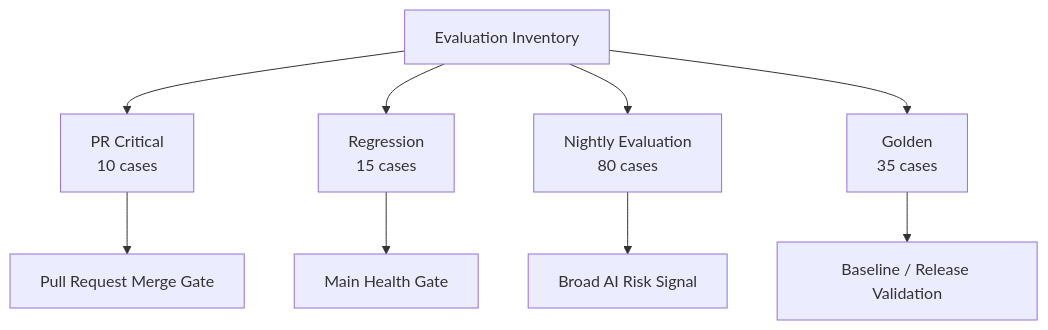
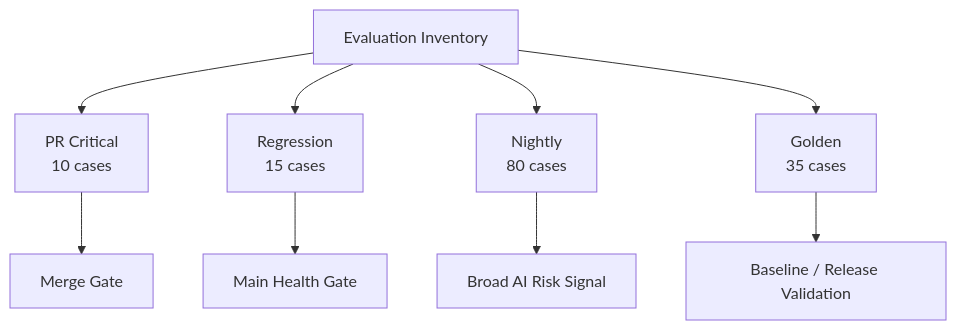
The fifth of 7 diagrams in docs/architecture.md (oleksandrserhieiev-beep/ai-qe-lab), drawn with Mermaid before and after one commit. The commit also changed other lines of this file, not shown here.

````diff
--- a/docs/architecture.md
+++ b/docs/architecture.md
@@ -184,12 +186,11 @@
 ```mermaid
 flowchart TD
     INV[Evaluation Inventory] --> CR[PR Critical\n10 cases]
     INV --> RG[Regression\n15 cases]
-    INV --> EV[Nightly Evaluation\n80 cases]
+    INV --> EV[Nightly\n80 cases]
     INV --> GD[Golden\n35 cases]
-
-    CR --> PR[Pull Request Merge Gate]
+    CR --> PR[Merge Gate]
     RG --> MAIN[Main Health Gate]
     EV --> NIGHT[Broad AI Risk Signal]
     GD --> REL[Baseline / Release Validation]
 ```
````
